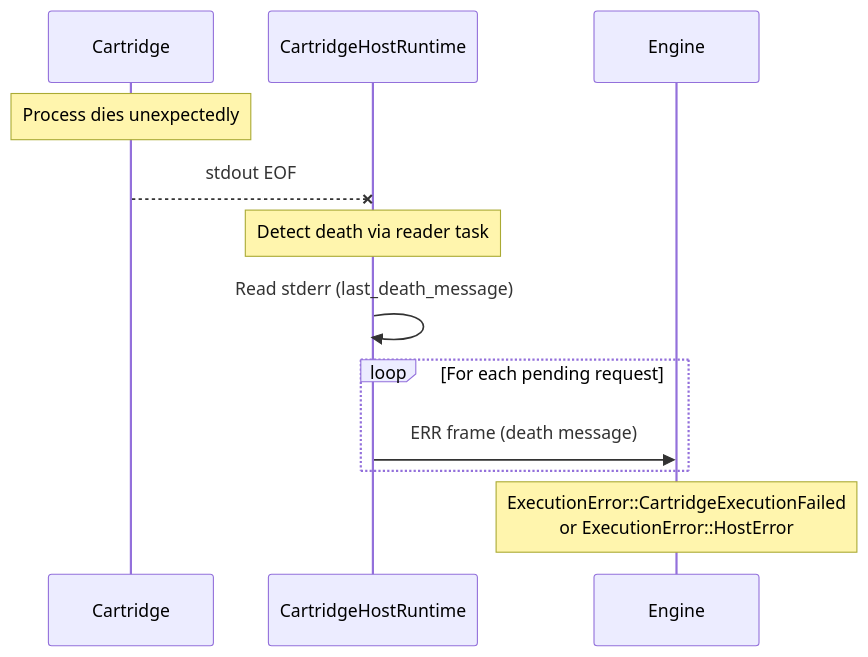
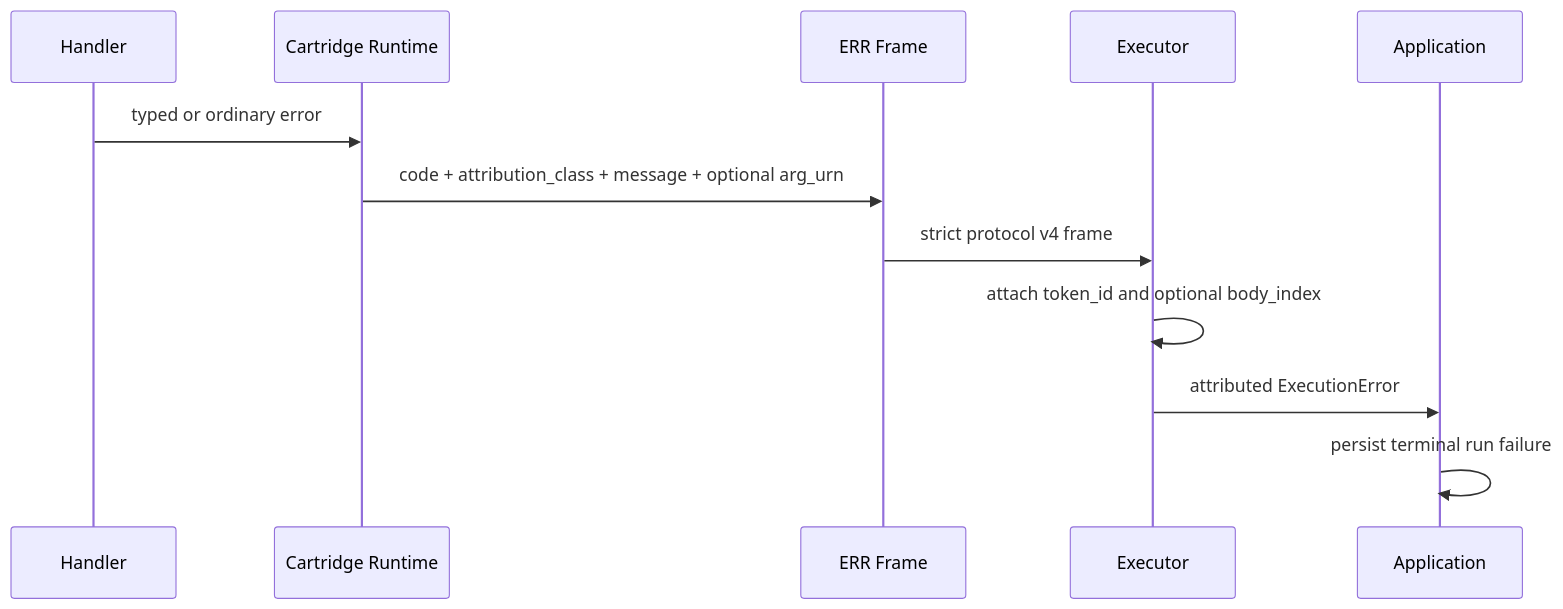
The diagram in docs/17.2-error-handling.md (machinefabric/capdag), drawn with Mermaid before and after one commit. The commit also changed other lines of this file and 36 other files, not shown here.

First line of the commit message:
feat: Update BodyOutcome structure to include explicit failure coordinates

````diff
--- a/docs/17.2-error-handling.md
+++ b/docs/17.2-error-handling.md
@@ -157,15 +65,15 @@
 ```mermaid
 sequenceDiagram
-    participant P as Cartridge
-    participant PH as CartridgeHostRuntime
-    participant E as Engine
+    participant H as Handler
+    participant R as Cartridge Runtime
+    participant W as ERR Frame
+    participant E as Executor
+    participant A as Application
 
-    Note over P: Process dies unexpectedly
-    P--xPH: stdout EOF
-    Note over PH: Detect death via reader task
-    PH->>PH: Read stderr (last_death_message)
-    loop For each pending request
-        PH->>E: ERR frame (death message)
-    end
-    Note over E: ExecutionError::CartridgeExecutionFailed<br/>or ExecutionError::HostError
+    H->>R: typed or ordinary error
+    R->>W: code + attribution_class + message + optional arg_urn
+    W->>E: strict protocol v4 frame
+    E->>E: attach token_id and optional body_index
+    E->>A: attributed ExecutionError
+    A->>A: persist terminal run failure
 ```
````
